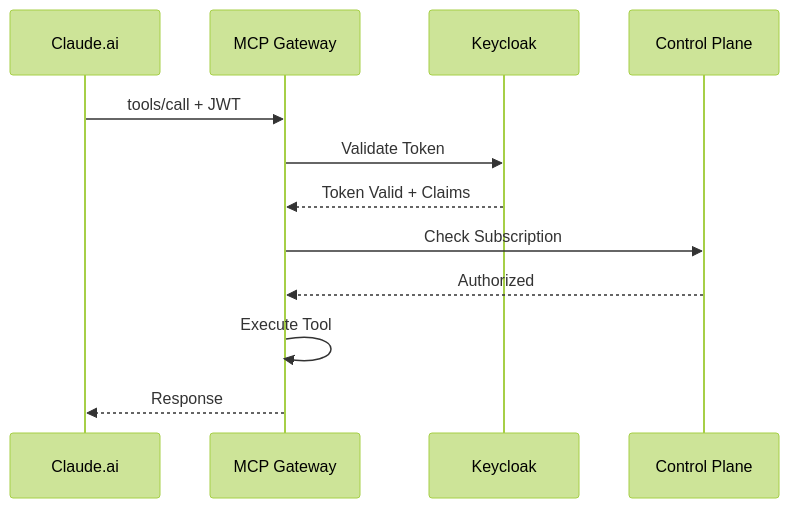
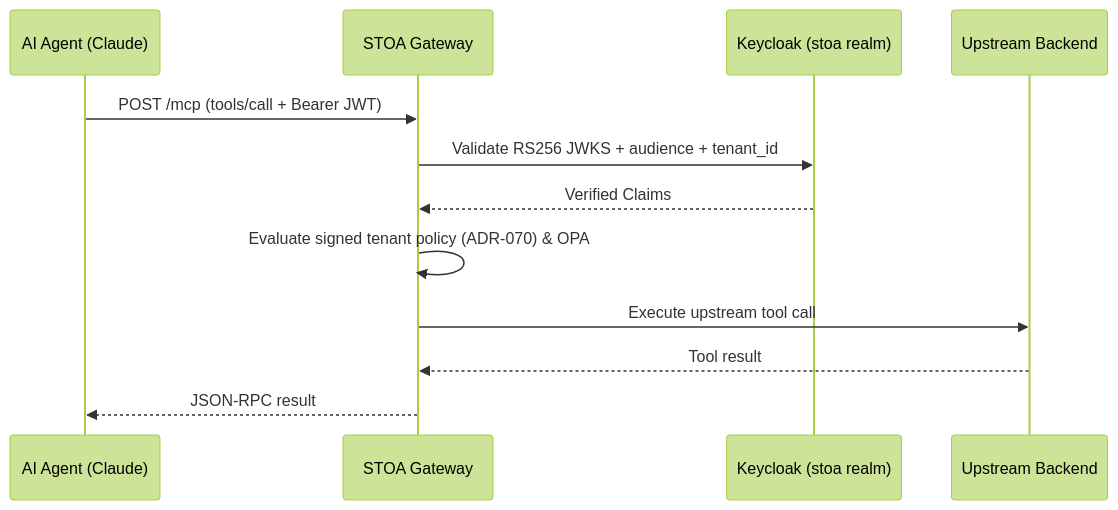
The second of 2 diagrams in docs/concepts/mcp-gateway.md (stoa-platform/stoa-docs), drawn with Mermaid (forest theme) before and after one commit. The commit also changed other lines of this file and 31 other files, not shown here.

First line of the commit message:
docs(arch): align architecture, tenant model, secrets, and ADR index with ADR-073/074/075 (EN/FR)

````diff
--- a/docs/concepts/mcp-gateway.md
+++ b/docs/concepts/mcp-gateway.md
@@ -80,15 +82,15 @@
 ```mermaid
 sequenceDiagram
-    participant Claude as Claude.ai
-    participant MCP as MCP Gateway
-    participant KC as Keycloak
-    participant CP as Control Plane
+    participant Claude as AI Agent (Claude)
+    participant MCP as STOA Gateway
+    participant KC as Keycloak (stoa realm)
+    participant API as Upstream Backend
 
-    Claude->>MCP: tools/call + JWT
-    MCP->>KC: Validate Token
-    KC-->>MCP: Token Valid + Claims
-    MCP->>CP: Check Subscription
-    CP-->>MCP: Authorized
-    MCP->>MCP: Execute Tool
-    MCP-->>Claude: Response
+    Claude->>MCP: POST /mcp (tools/call + Bearer JWT)
+    MCP->>KC: Validate RS256 JWKS + audience + tenant_id
+    KC-->>MCP: Verified Claims
+    MCP->>MCP: Evaluate signed tenant policy (ADR-070) & OPA
+    MCP->>API: Execute upstream tool call
+    API-->>MCP: Tool result
+    MCP-->>Claude: JSON-RPC result
 ```
````
